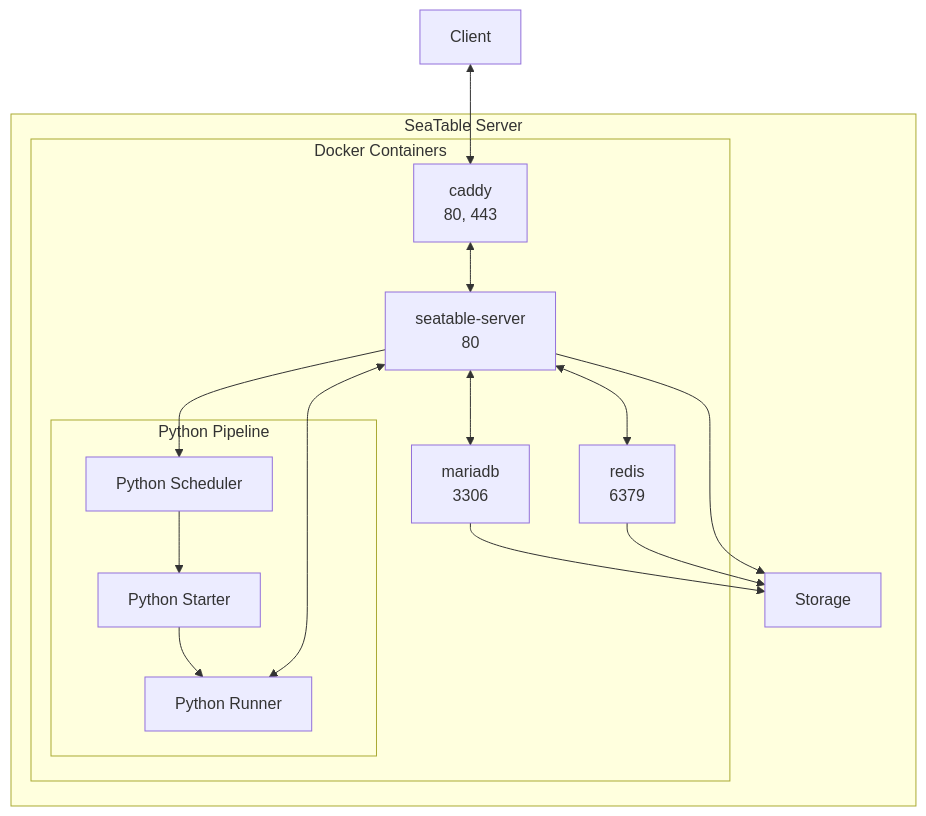
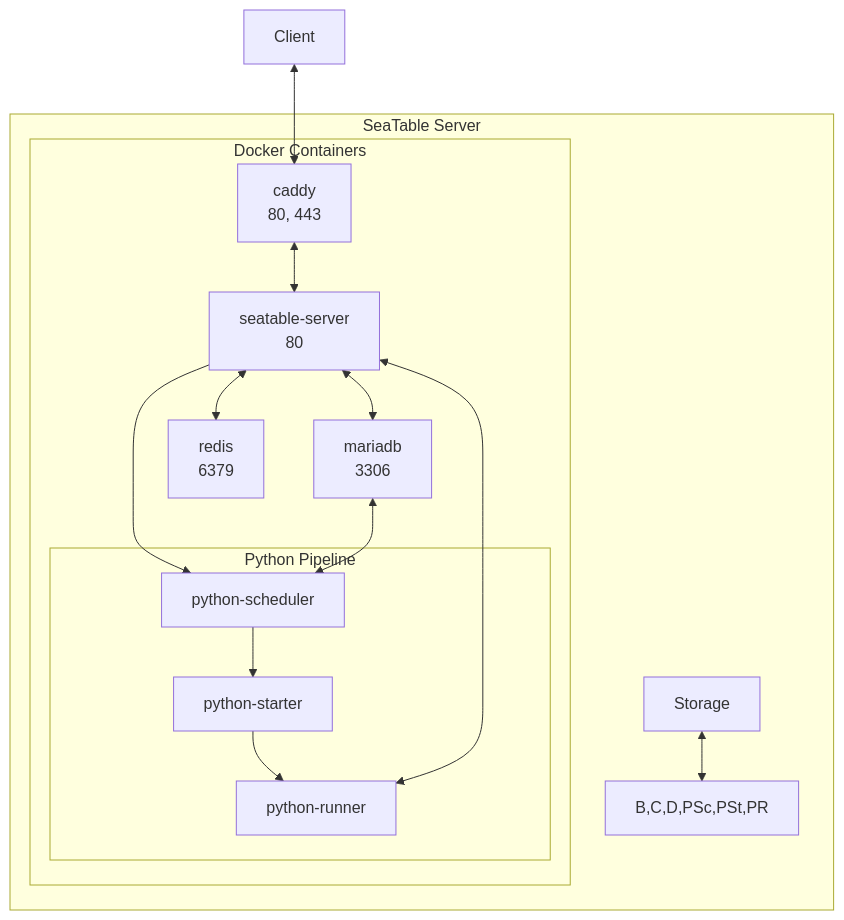
Before and after one commit to seatable/seatable-admin-docs: the second of 3 diagrams in docs/introduction/architecture.md, drawn with Mermaid.

Commit message:
Added connections between Python Pipeline and other components

````diff
--- a/docs/introduction/architecture.md
+++ b/docs/introduction/architecture.md
@@ -33,28 +33,27 @@
 ```mermaid
 flowchart TB
     Client<-->A
     subgraph s[SeaTable Server]
         subgraph d[Docker Containers]
             A[caddy<br/>80, 443]
             B[seatable-server<br/>80]
             C[mariadb<br/>3306]
             D[redis<br/>6379]
             A<-->B
             B<-->C
             B<-->D
                subgraph p[Python Pipeline]
-                  PSc[Python Scheduler]
-                  PSt[Python Starter]
-                  PR[Python Runner]
+                  PSc[python-scheduler]
+                  PSt[python-starter]
+                  PR[python-runner]
                   PSc-->PSt
                   PSt-->PR
                end
             B-->PSc
             B<-->PR
+            C<-->PSc
         end
         F[Storage]
-        C --> F
-        D --> F
-        B --> F
+        F<-->B,C,D,PSc,PSt,PR
     end
 ```
````
